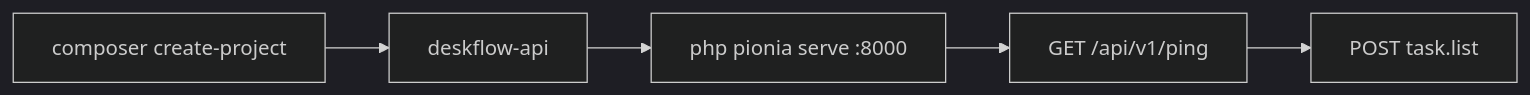
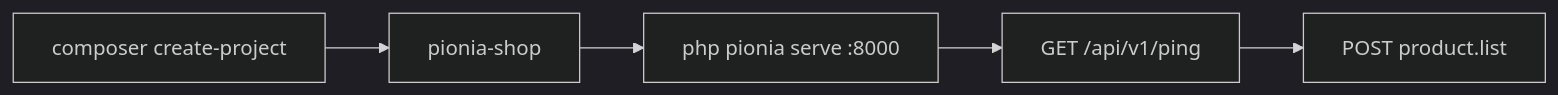
The diagram in content/docs/documentation/getting-started/introduction.md (PioniaPHP-project/pionia-docs), drawn with Mermaid (dark theme) before and after one commit. The commit also changed other lines of this file and 268 other files, not shown here.

```diff
--- a/content/docs/documentation/getting-started/introduction.md
+++ b/content/docs/documentation/getting-started/introduction.md
@@ -40,7 +40,7 @@
 {{< mermaid >}}
 flowchart LR
-  Composer[composer create-project] --> App[deskflow-api]
+  Composer[composer create-project] --> App[pionia-shop]
   App --> Serve["php pionia serve :8000"]
   Serve --> Ping["GET /api/v1/ping"]
-  Ping --> Moonlight["POST task.list"]
+  Ping --> Moonlight["POST product.list"]
 {{< /mermaid >}}
```
